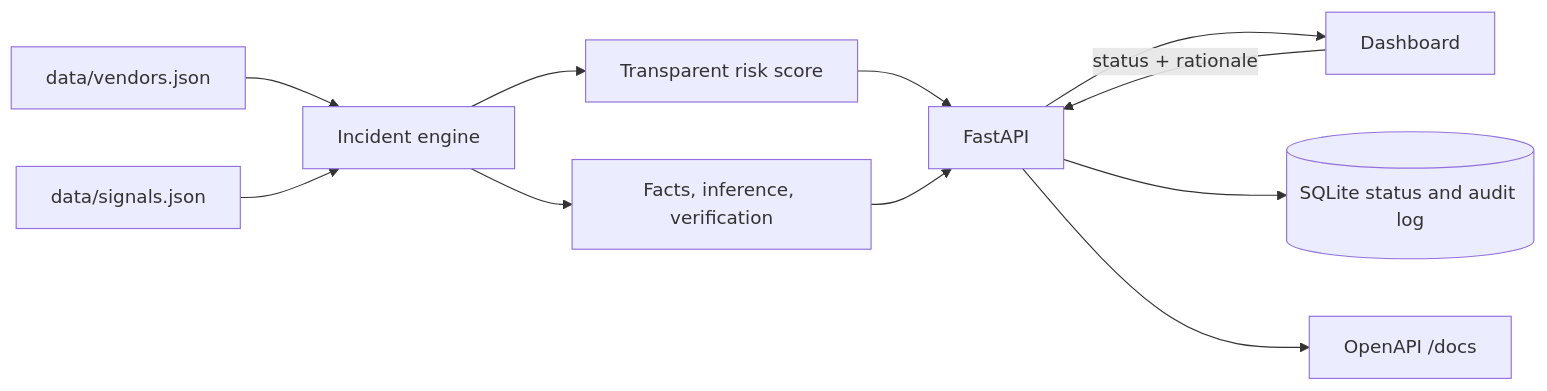
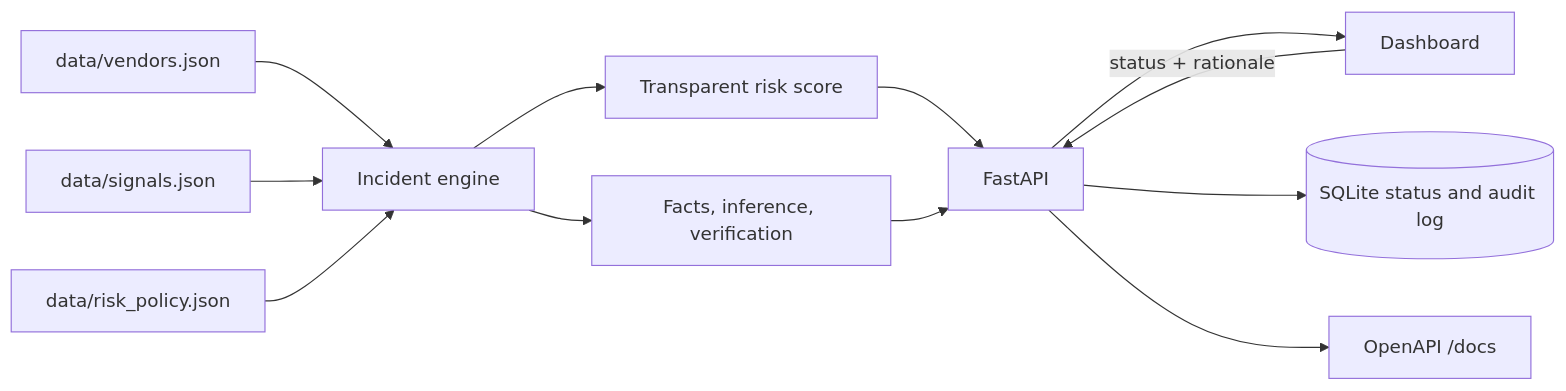
Before and after one commit to vishnuendla/Vanguard: the diagram in README.md, drawn with Mermaid. The commit also changed other lines of this file and 13 other files, not shown here.

Commit message:
feat: add versioned risk policy, score explanations, and GPL license

````diff
--- a/README.md
+++ b/README.md
@@ -71,13 +73,14 @@
 ```mermaid
 flowchart LR
   V[data/vendors.json] --> E[Incident engine]
   S[data/signals.json] --> E
+  P[data/risk_policy.json] --> E
   E --> R[Transparent risk score]
   E --> F[Facts, inference, verification]
   R --> API[FastAPI]
   F --> API
   API --> UI[Dashboard]
   UI -->|status + rationale| API
   API --> DB[(SQLite status and audit log)]
   API --> DOCS[OpenAPI /docs]
 ```
````
